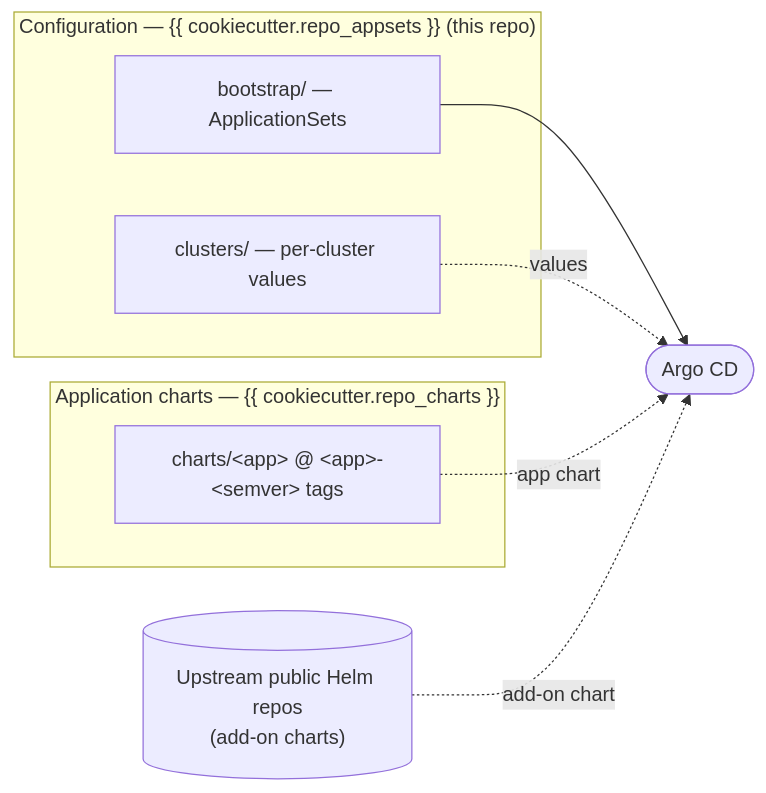
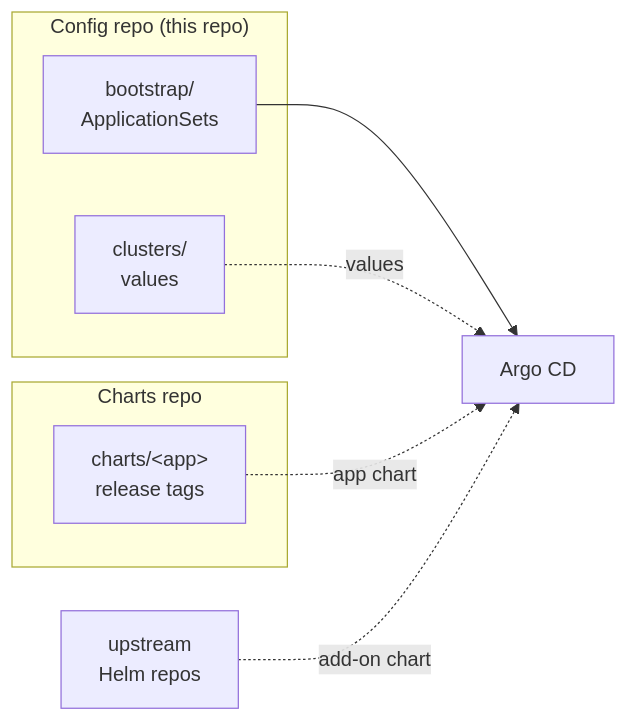
One commit to kriipke/coookiecutter-gitops-configs changed the first of 2 diagrams in {{ cookiecutter.project_slug }}/docs/how-it-works.md. Above: the diagram before and after it, drawn with Mermaid. The commit also changed other lines of this file and 11 other files, not shown here.

````diff
--- a/{{ cookiecutter.project_slug }}/docs/how-it-works.md
+++ b/{{ cookiecutter.project_slug }}/docs/how-it-works.md
@@ -26,17 +26,17 @@
 ```mermaid
 flowchart LR
-  subgraph cfg["Configuration — {{ cookiecutter.repo_appsets }} (this repo)"]
-    a1["bootstrap/ — ApplicationSets"]
-    a2["clusters/ — per-cluster values"]
+  subgraph cfg["Config repo (this repo)"]
+    a1["bootstrap/<br/>ApplicationSets"]
+    a2["clusters/<br/>values"]
   end
-  subgraph chartrepo["Application charts — {{ cookiecutter.repo_charts }}"]
-    c1["charts/&lt;app&gt; @ &lt;app&gt;-&lt;semver&gt; tags"]
+  subgraph chartrepo["Charts repo"]
+    c1["charts/&lt;app&gt;<br/>release tags"]
   end
-  upstream[("Upstream public Helm repos<br/>(add-on charts)")]
-  argo(["Argo CD"])
+  upstream["upstream<br/>Helm repos"]
+  argo["Argo CD"]
 
   a1 --> argo
   a2 -.->|"values"| argo
   c1 -.->|"app chart"| argo
   upstream -.->|"add-on chart"| argo
 ```
````
